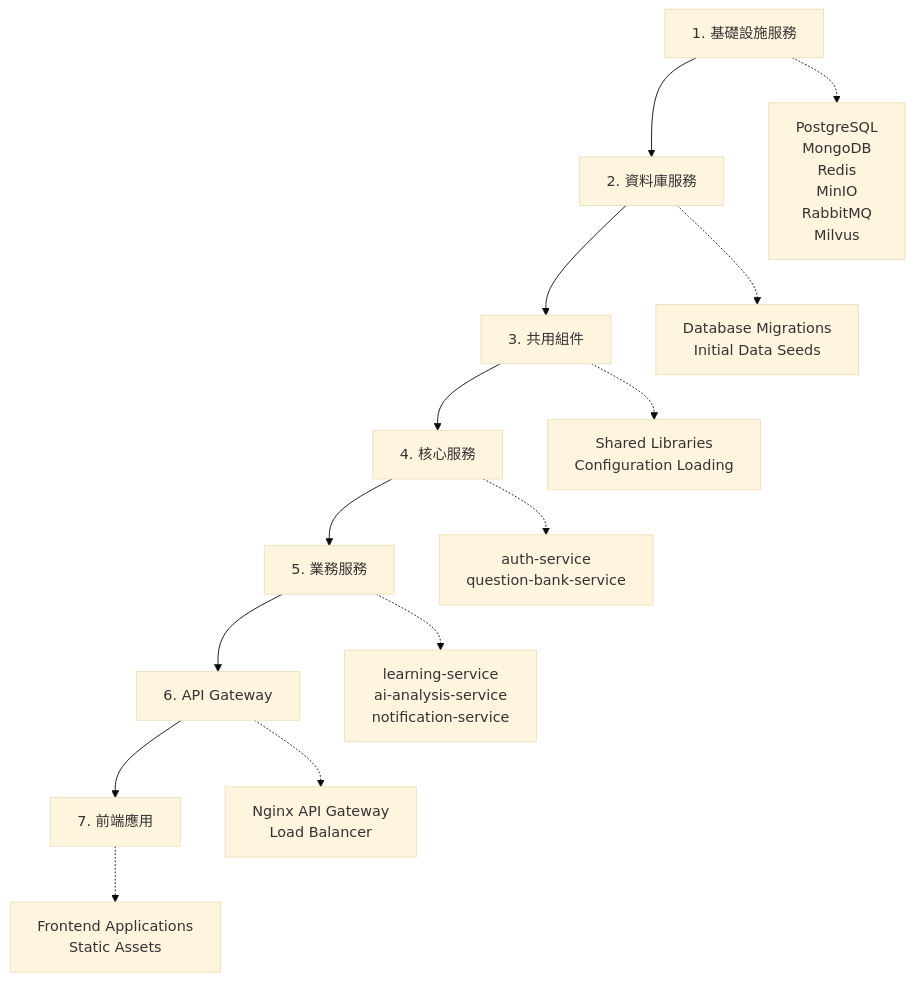
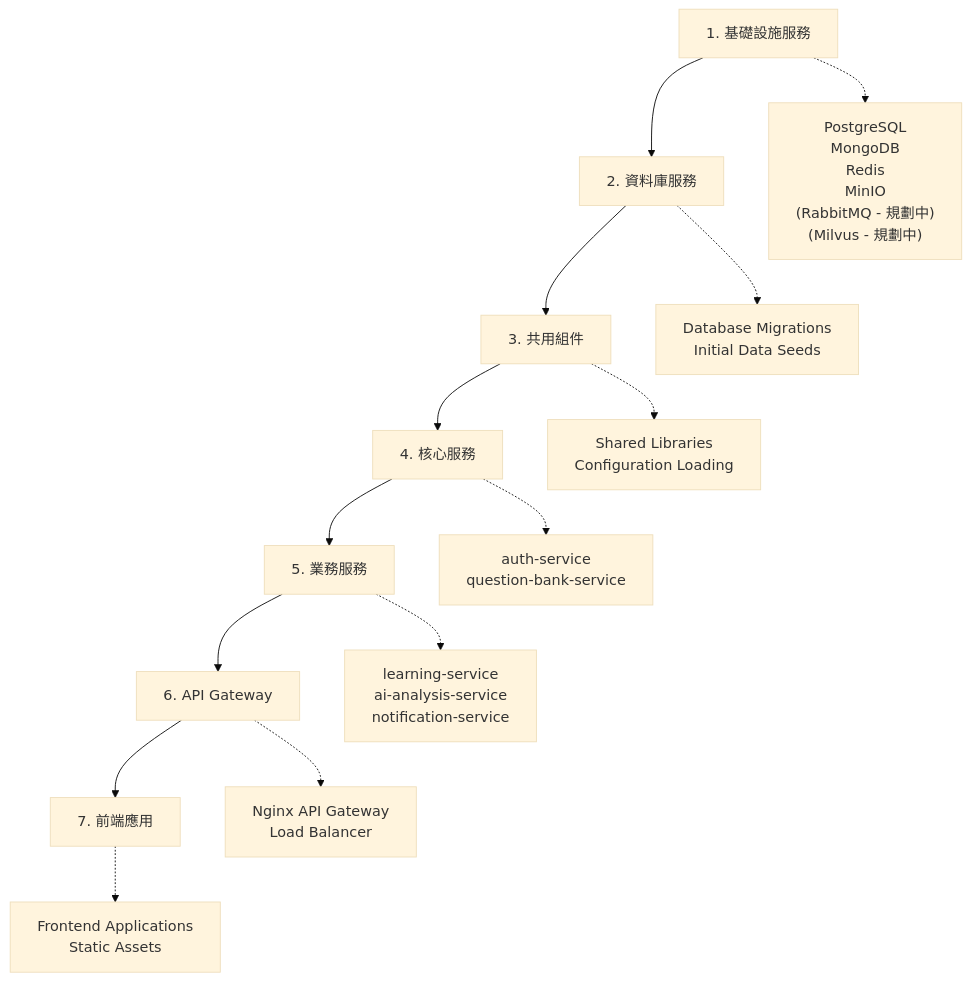
The second of 2 diagrams in 1_system_design/files/08_file_dependencies.md (Wayne-0828/InULearning_V1), drawn with Mermaid (base theme) before and after one commit. The commit also changed other lines of this file and 9 other files, not shown here.

````diff
--- a/1_system_design/files/08_file_dependencies.md
+++ b/1_system_design/files/08_file_dependencies.md
@@ -386,33 +382,33 @@
 ```mermaid
 graph TD
     Step1["1. 基礎設施服務"]
     Step2["2. 資料庫服務"]
     Step3["3. 共用組件"]
     Step4["4. 核心服務"]
     Step5["5. 業務服務"]
     Step6["6. API Gateway"]
     Step7["7. 前端應用"]
     
     Step1 --> Step2
     Step2 --> Step3
     Step3 --> Step4
     Step4 --> Step5
     Step5 --> Step6
     Step6 --> Step7
     
-    Step1_Detail["PostgreSQL<br/>MongoDB<br/>Redis<br/>MinIO<br/>RabbitMQ<br/>Milvus"]
+    Step1_Detail["PostgreSQL<br/>MongoDB<br/>Redis<br/>MinIO<br/>(RabbitMQ - 規劃中)<br/>(Milvus - 規劃中)"]
     Step2_Detail["Database Migrations<br/>Initial Data Seeds"]
     Step3_Detail["Shared Libraries<br/>Configuration Loading"]
     Step4_Detail["auth-service<br/>question-bank-service"]
     Step5_Detail["learning-service<br/>ai-analysis-service<br/>notification-service"]
     Step6_Detail["Nginx API Gateway<br/>Load Balancer"]
     Step7_Detail["Frontend Applications<br/>Static Assets"]
     
     Step1 -.-> Step1_Detail
     Step2 -.-> Step2_Detail
     Step3 -.-> Step3_Detail
     Step4 -.-> Step4_Detail
     Step5 -.-> Step5_Detail
     Step6 -.-> Step6_Detail
     Step7 -.-> Step7_Detail
 ```
````
